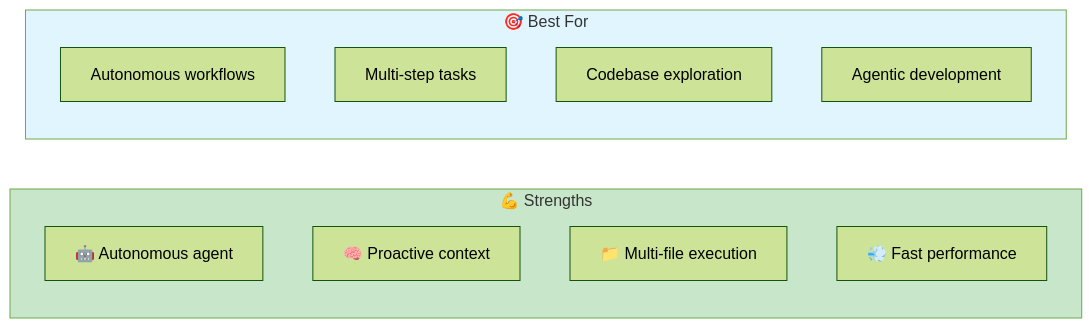
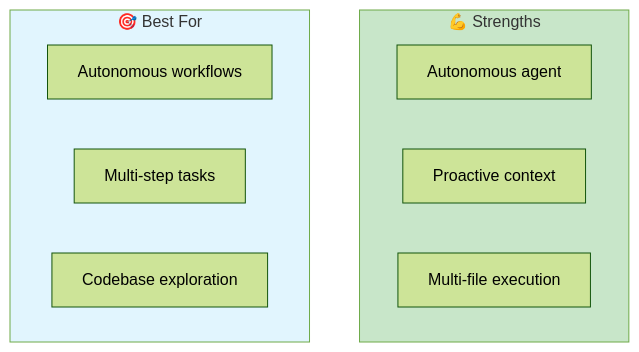
The first of 6 diagrams in website/content/papers/ai-dlc-2026/runbooks/tooling/windsurf.md (TheBushidoCollective/han), drawn with Mermaid (forest theme) before and after one commit. The commit also changed other lines of this file and 21 other files, not shown here.

First line of the commit message:
fix(website): convert all AI-DLC runbook Mermaid diagrams to TB layout

````diff
--- a/website/content/papers/ai-dlc-2026/runbooks/tooling/windsurf.md
+++ b/website/content/papers/ai-dlc-2026/runbooks/tooling/windsurf.md
@@ -9,21 +9,17 @@
 ```mermaid
-flowchart LR
+flowchart TB
     subgraph Strengths["💪 Strengths"]
-        direction TB
-        S1[🤖 Autonomous agent]
-        S2[🧠 Proactive context]
-        S3[📁 Multi-file execution]
-        S4[💨 Fast performance]
+        S1[Autonomous agent]
+        S2[Proactive context]
+        S3[Multi-file execution]
     end
 
     subgraph BestFor["🎯 Best For"]
-        direction TB
         B1[Autonomous workflows]
         B2[Multi-step tasks]
         B3[Codebase exploration]
-        B4[Agentic development]
     end
 
     style Strengths fill:#c8e6c9
     style BestFor fill:#e1f5fe
 ```
````
